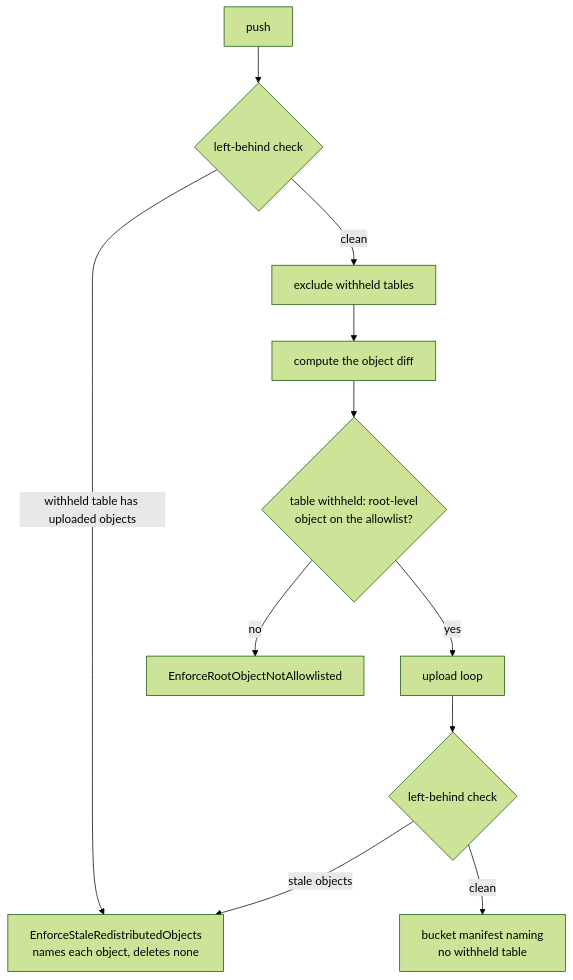
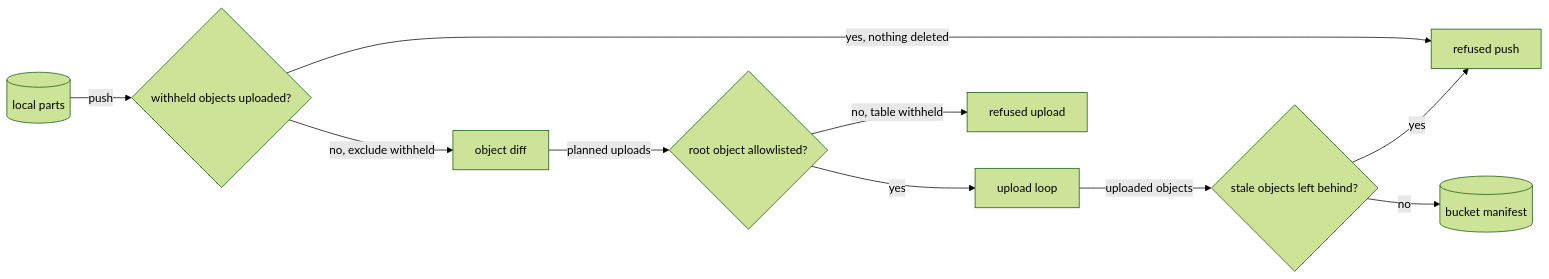
One commit to fractalboxdev/contextful changed the second of 4 diagrams in spec/51-enforcement.md. Above: the diagram before and after it, drawn with Mermaid (forest theme). The commit also changed other lines of this file and 44 other files, not shown here.

First line of the commit message:
spec: diagrams draw entities and flows, and the checker enforces it (#12)

````diff
--- a/spec/51-enforcement.md
+++ b/spec/51-enforcement.md
@@ -253,13 +254,12 @@
 ```mermaid
-flowchart TD
-  P["push"] --> C1{"left-behind check"}
-  C1 -- "withheld table has uploaded objects" --> E1["EnforceStaleRedistributedObjects<br/>names each object, deletes none"]
-  C1 -- clean --> X["exclude withheld tables"]
-  X --> D["compute the object diff"]
-  D --> RA{"table withheld: root-level<br/>object on the allowlist?"}
-  RA -- no --> E2["EnforceRootObjectNotAllowlisted"]
-  RA -- yes --> U["upload loop"]
-  U --> C2{"left-behind check"}
-  C2 -- "stale objects" --> E1
-  C2 -- clean --> M["bucket manifest naming<br/>no withheld table"]
+flowchart LR
+  PARTS[("local parts")] -- "push" --> C1{"withheld objects uploaded?"}
+  C1 -- "yes, nothing deleted" --> E1["refused push"]
+  C1 -- "no, exclude withheld" --> DIFF["object diff"]
+  DIFF -- "planned uploads" --> RA{"root object allowlisted?"}
+  RA -- "no, table withheld" --> E2["refused upload"]
+  RA -- "yes" --> U["upload loop"]
+  U -- "uploaded objects" --> C2{"stale objects left behind?"}
+  C2 -- "yes" --> E1
+  C2 -- "no" --> M[("bucket manifest")]
 ```
````
